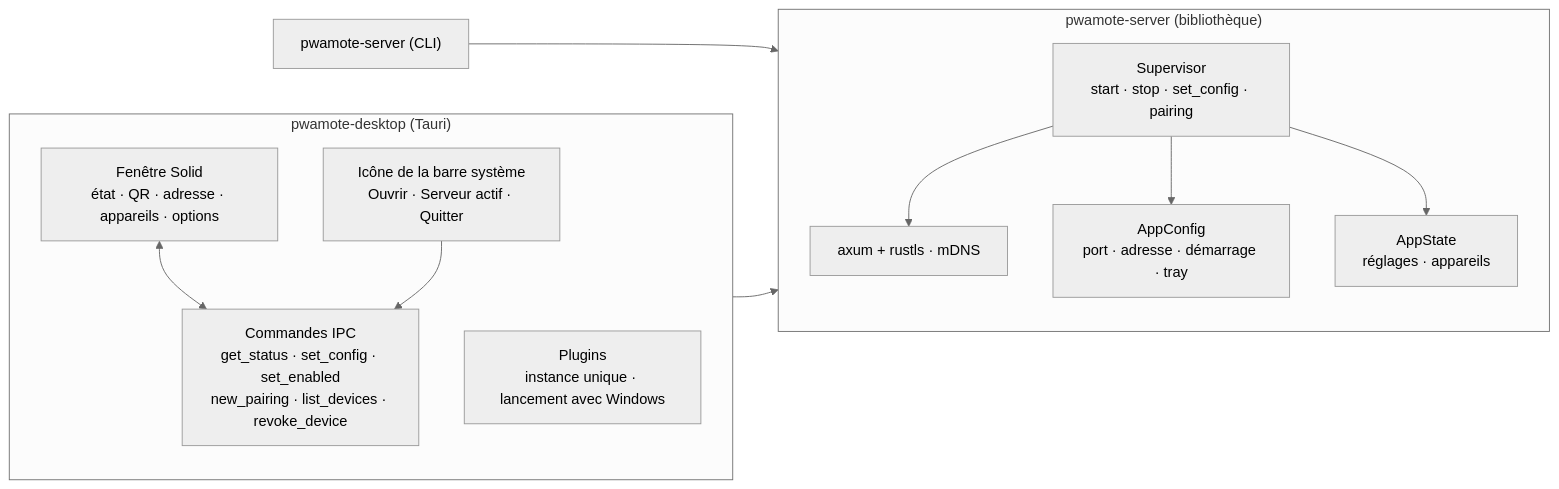
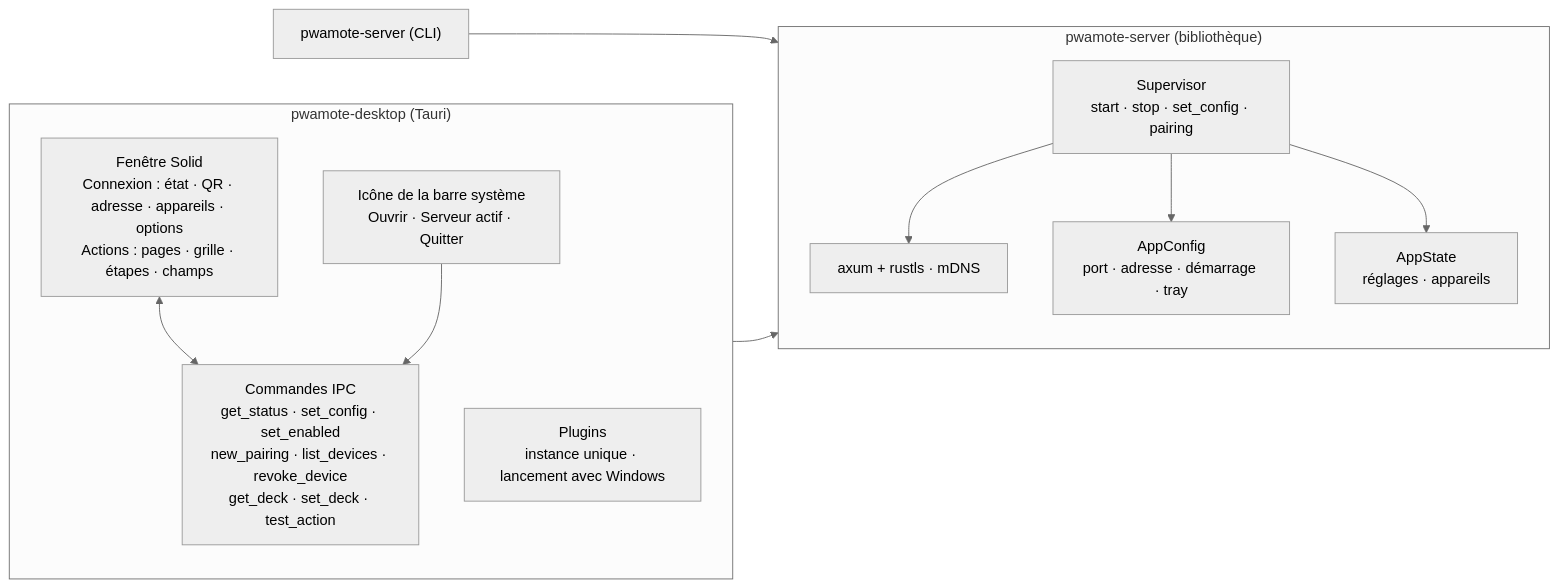
The second of 16 diagrams in docs/architecture.md (wardensfx/pwamote), drawn with Mermaid (neutral theme) before and after one commit. The commit also changed other lines of this file and 43 other files, not shown here.

First line of the commit message:
feat: actions programmables façon Stream Deck (panneau du téléphone, éditeur du PC)

````diff
--- a/docs/architecture.md
+++ b/docs/architecture.md
@@ -46,24 +48,24 @@
 ```mermaid
 flowchart LR
   subgraph Desktop["pwamote-desktop (Tauri)"]
     direction TB
-    WIN["Fenêtre Solid<br/>état · QR · adresse · appareils · options"]
+    WIN["Fenêtre Solid<br/>Connexion : état · QR · adresse · appareils · options<br/>Actions : pages · grille · étapes · champs"]
     TRAY["Icône de la barre système<br/>Ouvrir · Serveur actif · Quitter"]
-    CMD["Commandes IPC<br/>get_status · set_config · set_enabled<br/>new_pairing · list_devices · revoke_device"]
+    CMD["Commandes IPC<br/>get_status · set_config · set_enabled<br/>new_pairing · list_devices · revoke_device<br/>get_deck · set_deck · test_action"]
     PLUG["Plugins<br/>instance unique · lancement avec Windows"]
     WIN <--> CMD
     TRAY --> CMD
   end
   subgraph Lib["pwamote-server (bibliothèque)"]
     direction TB
     SUP["Supervisor<br/>start · stop · set_config · pairing"]
     CFG["AppConfig<br/>port · adresse · démarrage · tray"]
     ST["AppState<br/>réglages · appareils"]
     NET["axum + rustls · mDNS"]
     SUP --> NET
     SUP --> CFG
     SUP --> ST
   end
   CMD --> SUP
   CLI["pwamote-server (CLI)"] --> SUP
 ```
````
